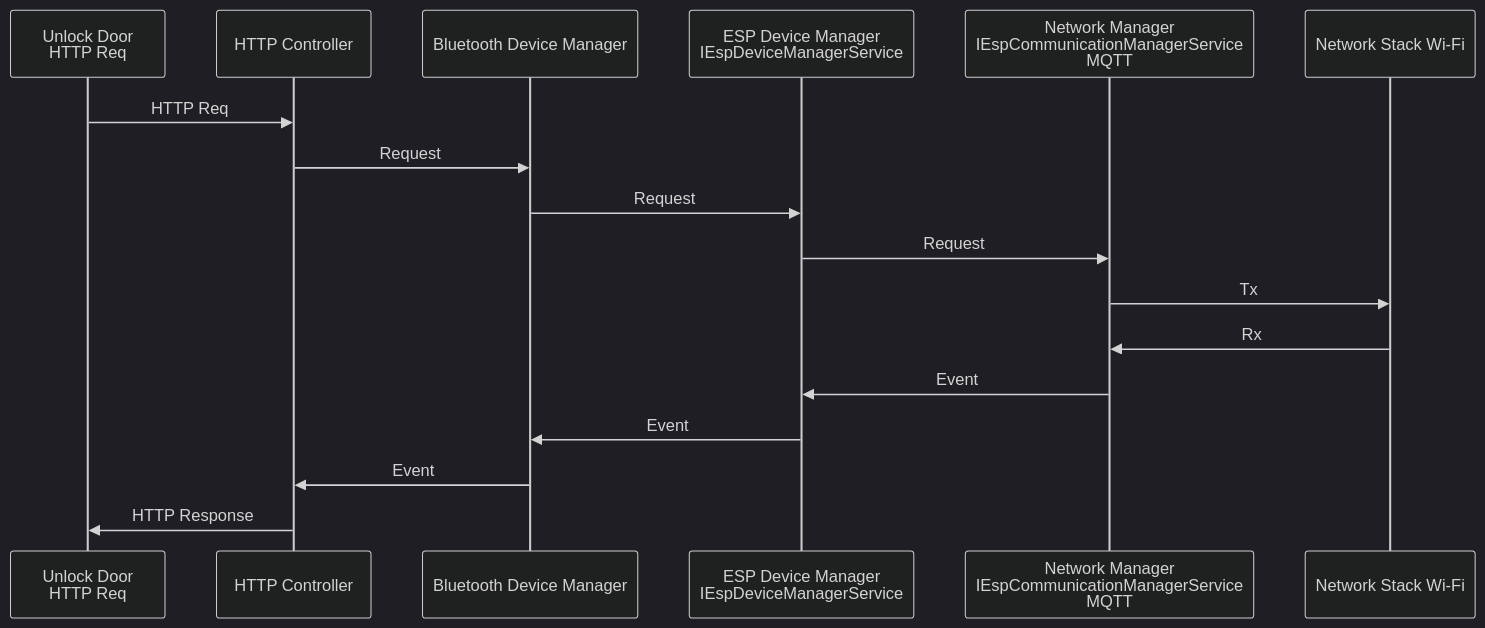
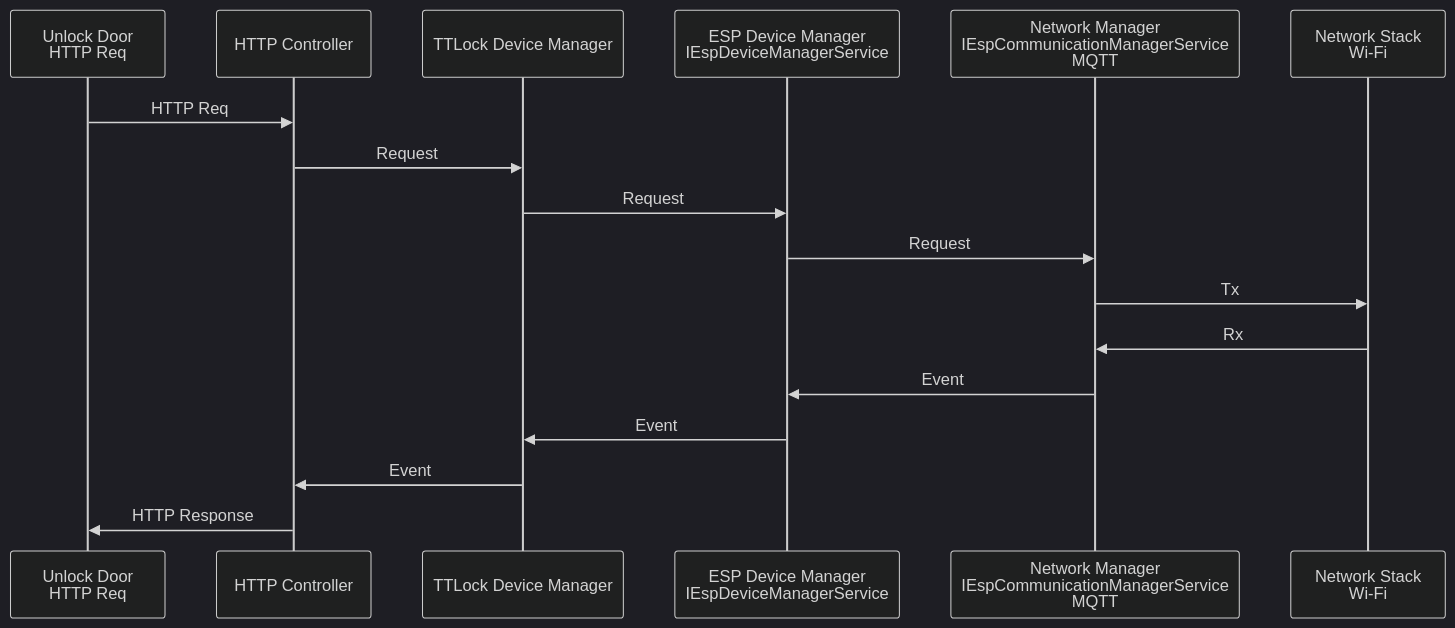
Before and after one commit to natindonesia/TTLockDotnetASP: the second of 2 diagrams in README.md, drawn with Mermaid (dark theme). The commit also changed 4 other files, not shown here.

````diff
--- a/README.md
+++ b/README.md
@@ -17,22 +17,22 @@
 ```mermaid
 sequenceDiagram
     participant UnlockDoor as Unlock Door <br> HTTP Req
     participant HTTPController as HTTP Controller
-    participant BluetoothManager as Bluetooth Device Manager
+    participant BluetoothManager as TTLock Device Manager
     participant ESPDeviceManager as ESP Device Manager <br> IEspDeviceManagerService
     participant NetworkManager as Network Manager <br> IEspCommunicationManagerService <br> MQTT
-    participant NetworkStack as Network Stack Wi-Fi
+    participant NetworkStack as Network Stack <br> Wi-Fi
 
     UnlockDoor->>HTTPController: HTTP Req
     HTTPController->>BluetoothManager: Request
     BluetoothManager->>ESPDeviceManager: Request
     ESPDeviceManager->>NetworkManager: Request
     NetworkManager->>NetworkStack: Tx
     NetworkStack->>NetworkManager: Rx
     NetworkManager->>ESPDeviceManager: Event
     ESPDeviceManager->>BluetoothManager: Event
     BluetoothManager->>HTTPController: Event
     HTTPController->>UnlockDoor: HTTP Response
 
 
 ```
````
